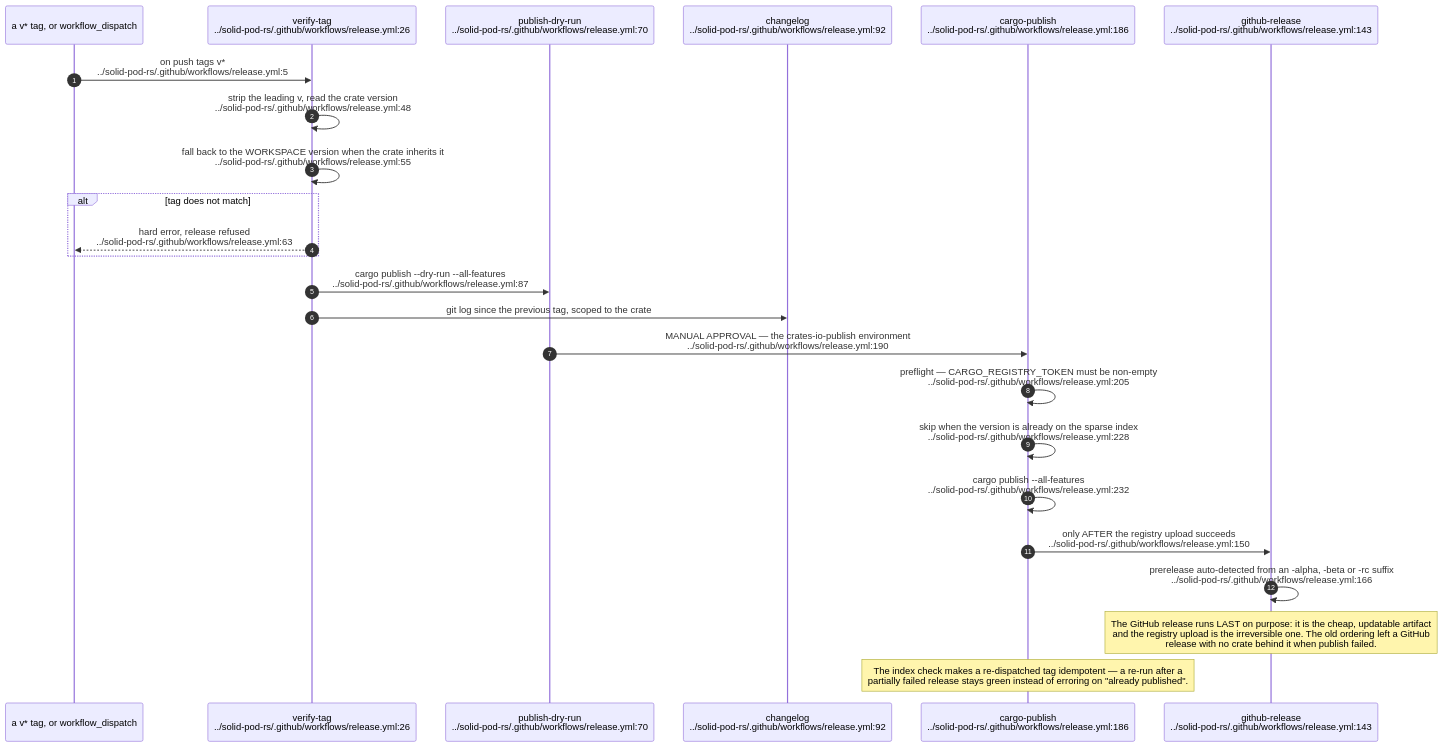
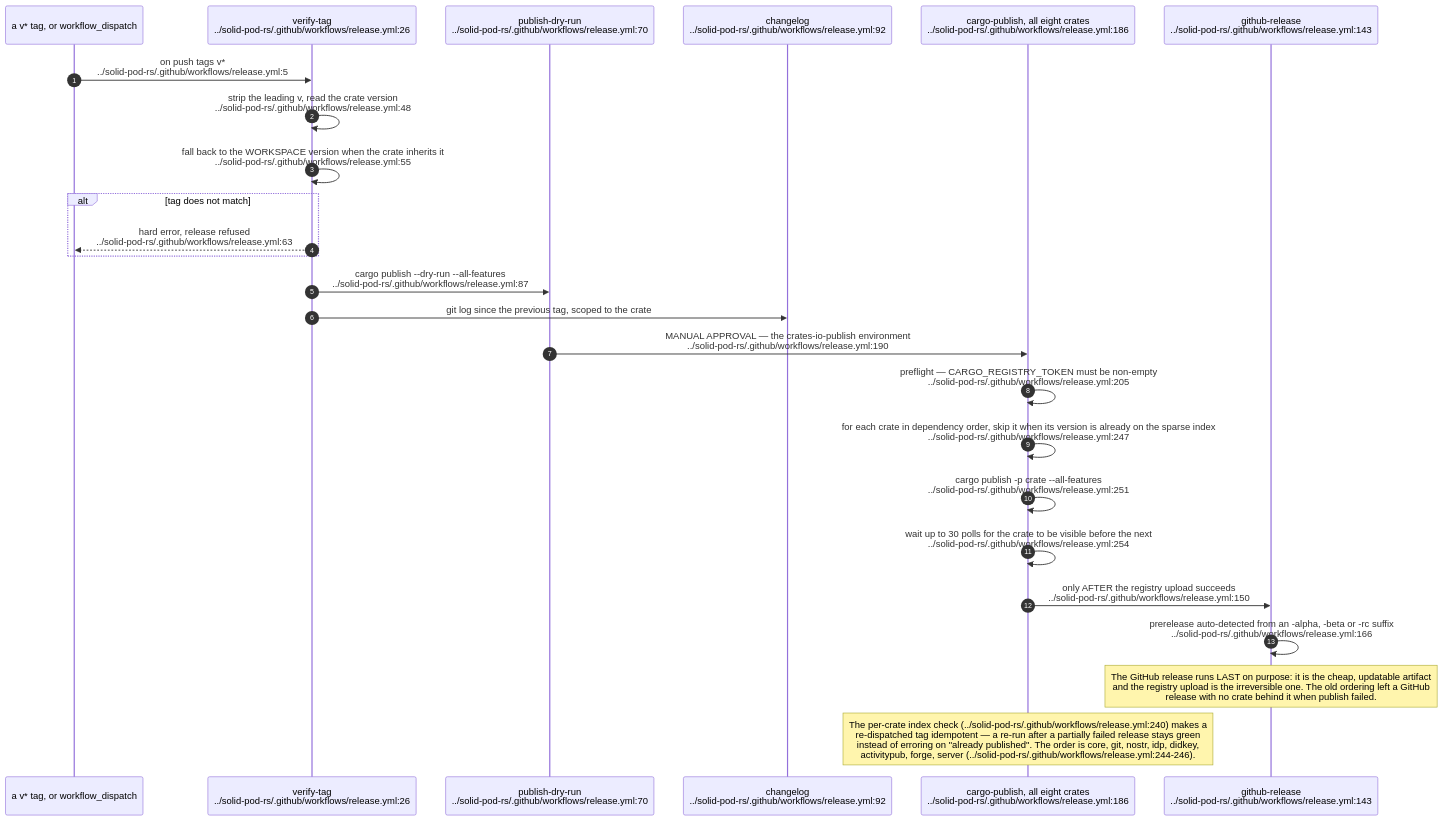
One commit to DreamLab-AI/VisionFlow changed the fourth of 9 diagrams in docs/diagrams/solid-pod-rs/09-ci-release-and-consumer-pins.md. Above: the diagram before and after it, drawn with Mermaid. The commit also changed other lines of this file and 160 other files, not shown here.

````diff
--- a/docs/diagrams/solid-pod-rs/09-ci-release-and-consumer-pins.md
+++ b/docs/diagrams/solid-pod-rs/09-ci-release-and-consumer-pins.md
@@ -133,28 +142,29 @@
 ```mermaid
 sequenceDiagram
     autonumber
     participant T as a v* tag, or workflow_dispatch
     participant V as verify-tag<br/>../solid-pod-rs/.github/workflows/release.yml:26
     participant D as publish-dry-run<br/>../solid-pod-rs/.github/workflows/release.yml:70
     participant CL as changelog<br/>../solid-pod-rs/.github/workflows/release.yml:92
-    participant P as cargo-publish<br/>../solid-pod-rs/.github/workflows/release.yml:186
+    participant P as cargo-publish, all eight crates<br/>../solid-pod-rs/.github/workflows/release.yml:186
     participant G as github-release<br/>../solid-pod-rs/.github/workflows/release.yml:143
 
     T->>V: on push tags v*<br/>../solid-pod-rs/.github/workflows/release.yml:5
     V->>V: strip the leading v, read the crate version<br/>../solid-pod-rs/.github/workflows/release.yml:48
     V->>V: fall back to the WORKSPACE version when the crate inherits it<br/>../solid-pod-rs/.github/workflows/release.yml:55
     alt tag does not match
         V-->>T: hard error, release refused<br/>../solid-pod-rs/.github/workflows/release.yml:63
     end
     V->>D: cargo publish --dry-run --all-features<br/>../solid-pod-rs/.github/workflows/release.yml:87
     V->>CL: git log since the previous tag, scoped to the crate
     D->>P: MANUAL APPROVAL — the crates-io-publish environment<br/>../solid-pod-rs/.github/workflows/release.yml:190
     P->>P: preflight — CARGO_REGISTRY_TOKEN must be non-empty<br/>../solid-pod-rs/.github/workflows/release.yml:205
-    P->>P: skip when the version is already on the sparse index<br/>../solid-pod-rs/.github/workflows/release.yml:228
-    P->>P: cargo publish --all-features<br/>../solid-pod-rs/.github/workflows/release.yml:232
+    P->>P: for each crate in dependency order, skip it when its version is already on the sparse index<br/>../solid-pod-rs/.github/workflows/release.yml:247
+    P->>P: cargo publish -p crate --all-features<br/>../solid-pod-rs/.github/workflows/release.yml:251
+    P->>P: wait up to 30 polls for the crate to be visible before the next<br/>../solid-pod-rs/.github/workflows/release.yml:254
     P->>G: only AFTER the registry upload succeeds<br/>../solid-pod-rs/.github/workflows/release.yml:150
     G->>G: prerelease auto-detected from an -alpha, -beta or -rc suffix<br/>../solid-pod-rs/.github/workflows/release.yml:166
 
     Note over G: The GitHub release runs LAST on purpose: it is the cheap, updatable artifact<br/>and the registry upload is the irreversible one. The old ordering left a GitHub<br/>release with no crate behind it when publish failed.
-    Note over P: The index check makes a re-dispatched tag idempotent — a re-run after a<br/>partially failed release stays green instead of erroring on "already published".
+    Note over P: The per-crate index check (../solid-pod-rs/.github/workflows/release.yml:240) makes a<br/>re-dispatched tag idempotent — a re-run after a partially failed release stays green<br/>instead of erroring on "already published". The order is core, git, nostr, idp, didkey,<br/>activitypub, forge, server (../solid-pod-rs/.github/workflows/release.yml:244-246).
 ```
````
